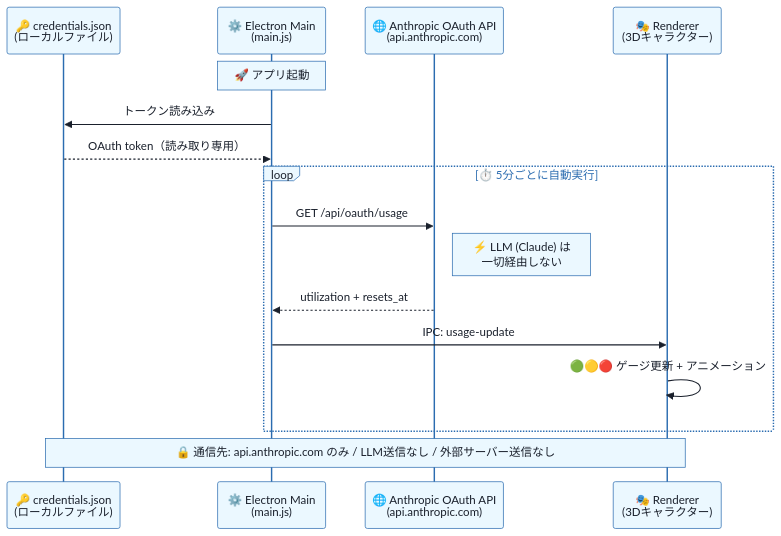
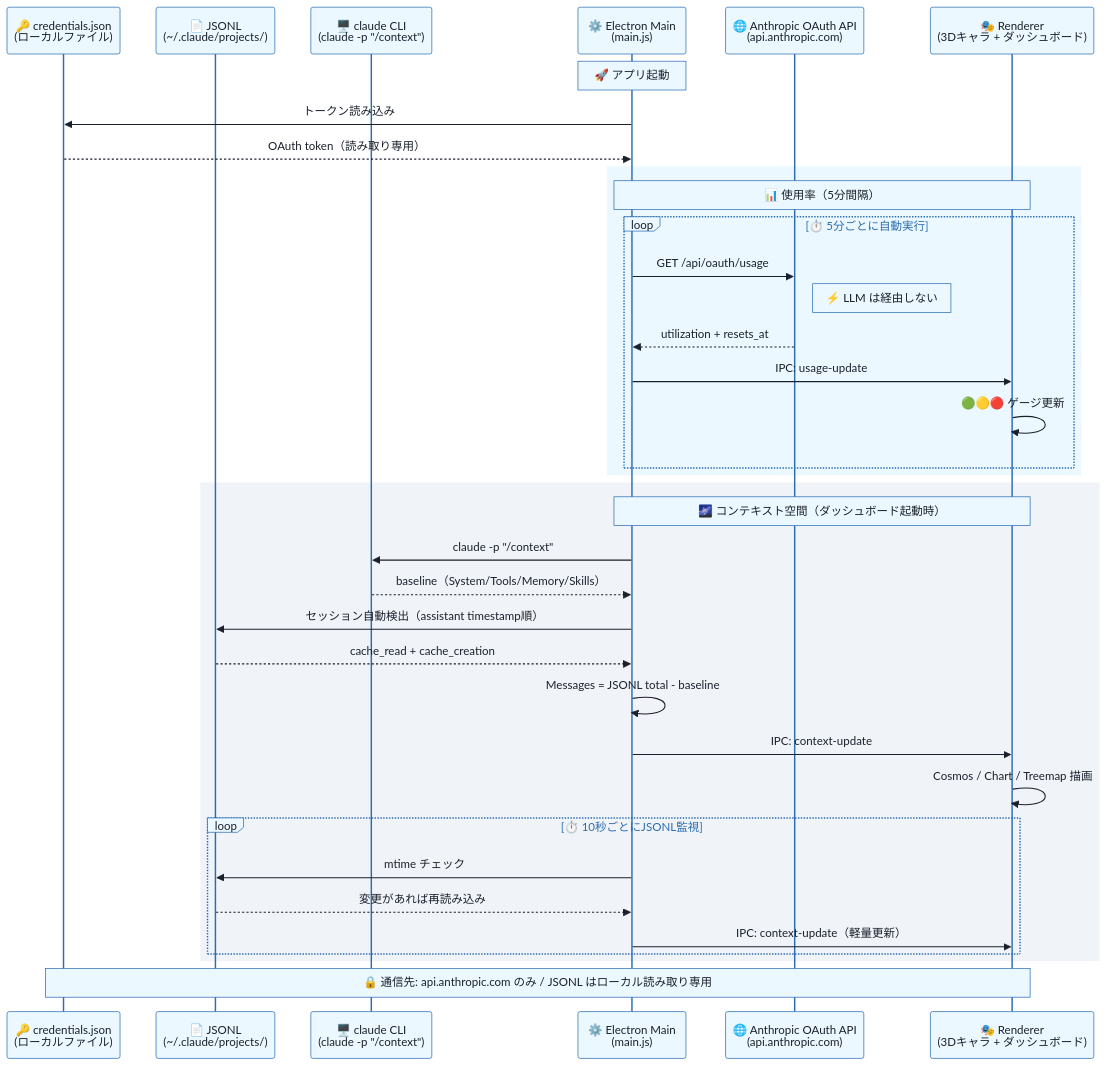
One commit to sinjorjob/cc-usage changed the diagram in README.md. Above: the diagram before and after it, drawn with Mermaid. The commit also changed other lines of this file, not shown here.

Commit message:
Update README: setup steps, data flow diagram with context dashboard

````diff
--- a/README.md
+++ b/README.md
@@ -201,23 +200,45 @@
 ```mermaid
 %%{init: {'theme': 'base', 'themeVariables': {'primaryColor': '#f0f4f8', 'primaryTextColor': '#1a202c', 'primaryBorderColor': '#2b6cb0', 'lineColor': '#2b6cb0', 'secondaryColor': '#ebf8ff', 'tertiaryColor': '#f0f4f8', 'noteBkgColor': '#ebf8ff', 'noteTextColor': '#1a202c', 'noteBorderColor': '#2b6cb0', 'actorBkg': '#ebf8ff', 'actorTextColor': '#1a202c', 'actorBorder': '#2b6cb0', 'signalColor': '#1a202c', 'loopTextColor': '#2b6cb0'}}}%%
 sequenceDiagram
     participant F as 🔑 credentials.json<br/>(ローカルファイル)
+    participant J as 📄 JSONL<br/>(~/.claude/projects/)
+    participant C as 🖥️ claude CLI<br/>(claude -p "/context")
     participant M as ⚙️ Electron Main<br/>(main.js)
     participant A as 🌐 Anthropic OAuth API<br/>(api.anthropic.com)
-    participant R as 🎭 Renderer<br/>(3Dキャラクター)
+    participant R as 🎭 Renderer<br/>(3Dキャラ + ダッシュボード)
 
     Note over M: 🚀 アプリ起動
 
     M->>F: トークン読み込み
     F-->>M: OAuth token（読み取り専用）
 
+    rect rgb(235, 248, 255)
+    Note over M,R: 📊 使用率（5分間隔）
     loop ⏱️ 5分ごとに自動実行
         M->>A: GET /api/oauth/usage
-        Note right of A: ⚡ LLM (Claude) は<br/>一切経由しない
+        Note right of A: ⚡ LLM は経由しない
         A-->>M: utilization + resets_at
         M->>R: IPC: usage-update
-        R->>R: 🟢🟡🔴 ゲージ更新 + アニメーション
+        R->>R: 🟢🟡🔴 ゲージ更新
+    end
     end
 
-    Note over F,R: 🔒 通信先: api.anthropic.com のみ / LLM送信なし / 外部サーバー送信なし
+    rect rgb(240, 244, 248)
+    Note over M,R: 🌌 コンテキスト空間（ダッシュボード起動時）
+    M->>C: claude -p "/context"
+    C-->>M: baseline（System/Tools/Memory/Skills）
+    M->>J: セッション自動検出（assistant timestamp順）
+    J-->>M: cache_read + cache_creation
+    M->>M: Messages = JSONL total - baseline
+    M->>R: IPC: context-update
+    R->>R: Cosmos / Chart / Treemap 描画
+
+    loop ⏱️ 10秒ごとにJSONL監視
+        M->>J: mtime チェック
+        J-->>M: 変更があれば再読み込み
+        M->>R: IPC: context-update（軽量更新）
+    end
+    end
+
+    Note over F,R: 🔒 通信先: api.anthropic.com のみ / JSONL はローカル読み取り専用
 ```
````
